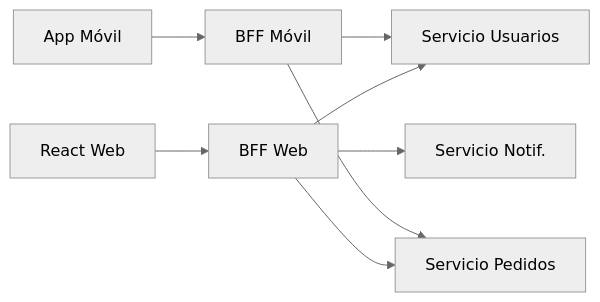
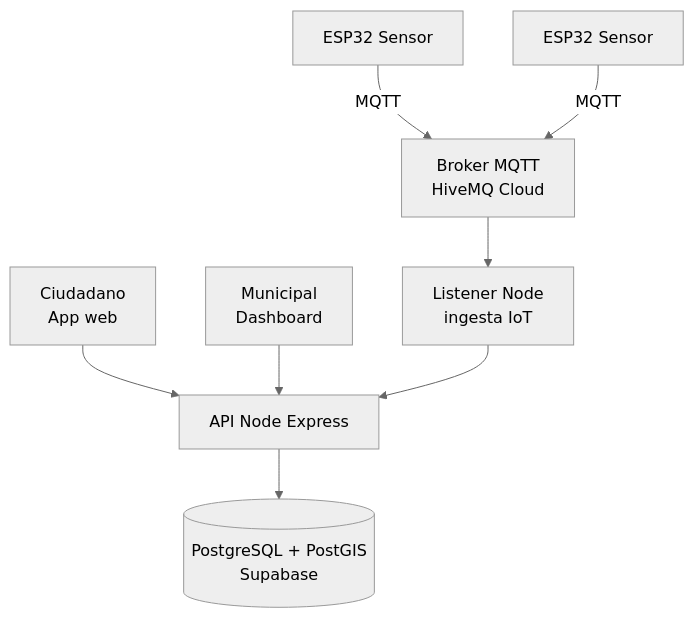
Diagram 11 of 14 in Ejercicio_6_Patrones_Arquitectura_y_Despliegue.md (Umbingelelo/ejercicios-portafolio_titulo-001V), drawn with Mermaid (neutral theme) before and after one commit. The commit also changed other lines of this file, not shown here.

````diff
--- a/Ejercicio_6_Patrones_Arquitectura_y_Despliegue.md
+++ b/Ejercicio_6_Patrones_Arquitectura_y_Despliegue.md
@@ -1819,10 +1484,12 @@
 ```mermaid
-flowchart LR
-    WEB[React Web] --> BFF1[BFF Web]
-    APP[App Móvil] --> BFF2[BFF Móvil]
-    BFF1 --> U[Servicio Usuarios]
-    BFF1 --> P[Servicio Pedidos]
-    BFF1 --> N[Servicio Notif.]
-    BFF2 --> U
-    BFF2 --> P
+flowchart TB
+    C[Ciudadano<br/>App web] --> API[API Node Express]
+    M[Municipal<br/>Dashboard] --> API
+
+    S1[ESP32 Sensor] -->|MQTT| BR[Broker MQTT<br/>HiveMQ Cloud]
+    S2[ESP32 Sensor] -->|MQTT| BR
+    BR --> ING[Listener Node<br/>ingesta IoT]
+    ING --> API
+
+    API --> DB[(PostgreSQL + PostGIS<br/>Supabase)]
 ```
````
